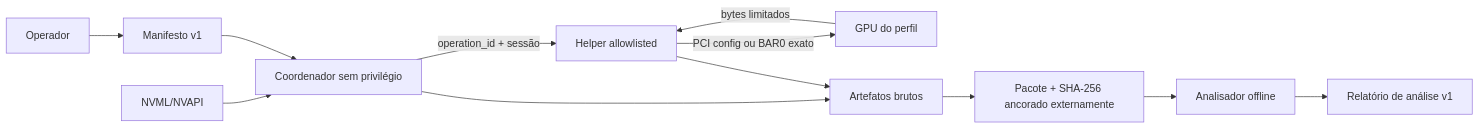
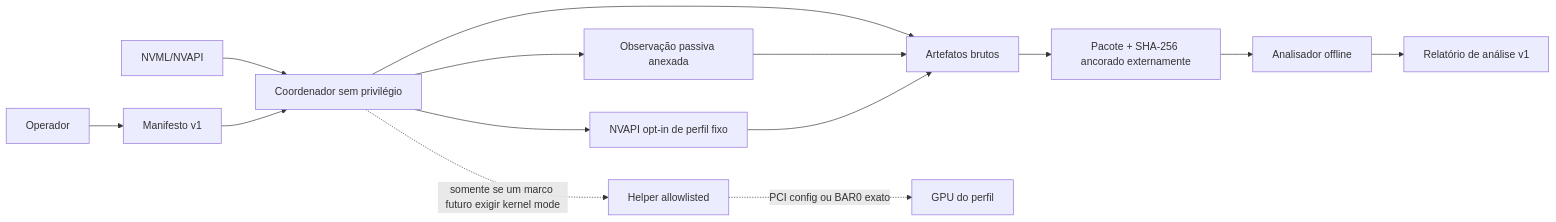
One commit to enoquesousa/rtx-monitor changed the diagram in docs/ARCHITECTURE.md. Above: the diagram before and after it, drawn with Mermaid. The commit also changed other lines of this file and 68 other files, not shown here.

First line of the commit message:
Codex/roadmap windows provider (#10)

````diff
--- a/docs/ARCHITECTURE.md
+++ b/docs/ARCHITECTURE.md
@@ -288,14 +290,16 @@
 ```mermaid
 flowchart LR
     OP["Operador"] --> MANIFEST["Manifesto v1"]
     PUBLIC["NVML/NVAPI"] --> COORD["Coordenador sem privilégio"]
     MANIFEST --> COORD
-    COORD -->|"operation_id + sessão"| HELPER["Helper allowlisted"]
-    HELPER -->|"PCI config ou BAR0 exato"| GPU["GPU do perfil"]
-    GPU -->|"bytes limitados"| HELPER
+    COORD --> PASSIVE["Observação passiva anexada"]
+    COORD --> DIRECT["NVAPI opt-in de perfil fixo"]
     COORD --> RAW["Artefatos brutos"]
-    HELPER --> RAW
+    PASSIVE --> RAW
+    DIRECT --> RAW
     RAW --> PACKAGE["Pacote + SHA-256 ancorado externamente"]
     PACKAGE --> ANALYZER["Analisador offline"]
     ANALYZER --> REPORT["Relatório de análise v1"]
+    COORD -. "somente se um marco futuro exigir kernel mode" .-> HELPER["Helper allowlisted"]
+    HELPER -. "PCI config ou BAR0 exato" .-> GPU["GPU do perfil"]
 ```
````
